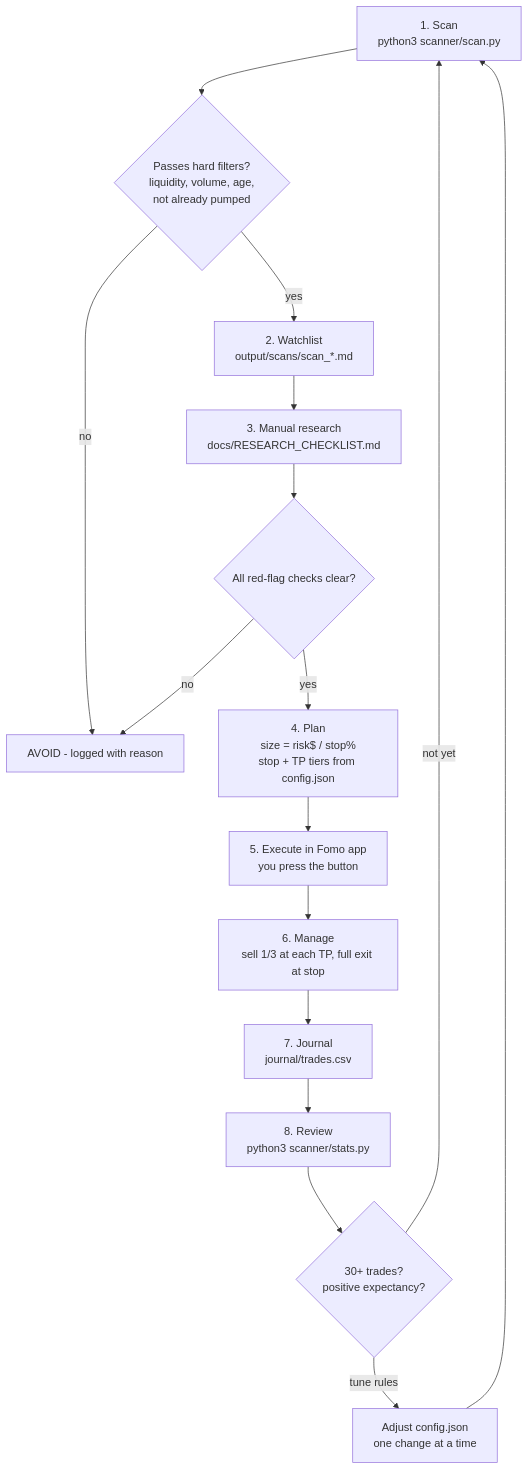
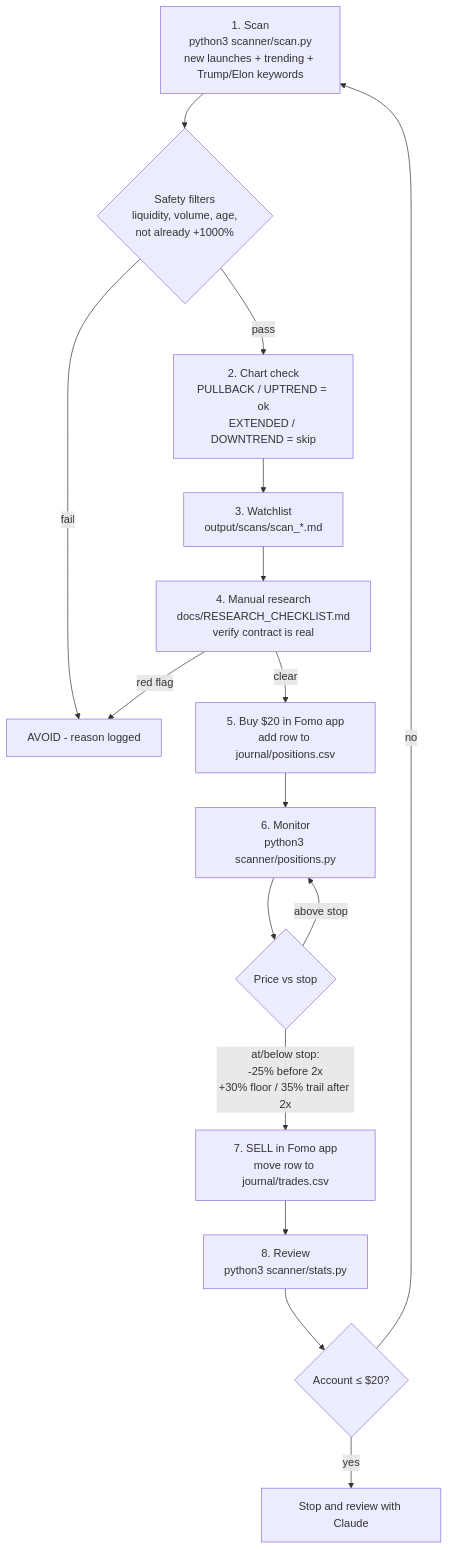
The diagram in README.md (andrewagent214/Claude-Fomo-1), drawn with Mermaid before and after one commit. The commit also changed other lines of this file and 10 other files, not shown here.

First line of the commit message:
Tune workflow to $50 account: 2x lock-in exit rule, chart trend check, hype keywords, position monitor

````diff
--- a/README.md
+++ b/README.md
@@ -14,18 +16,18 @@
 ```mermaid
 flowchart TD
-    A[1. Scan<br/>python3 scanner/scan.py] --> B{Passes hard filters?<br/>liquidity, volume, age,<br/>not already pumped}
-    B -- no --> X[AVOID - logged with reason]
-    B -- yes --> C[2. Watchlist<br/>output/scans/scan_*.md]
-    C --> D[3. Manual research<br/>docs/RESEARCH_CHECKLIST.md]
-    D --> E{All red-flag checks clear?}
-    E -- no --> X
-    E -- yes --> F[4. Plan<br/>size = risk$ / stop%<br/>stop + TP tiers from config.json]
-    F --> G[5. Execute in Fomo app<br/>you press the button]
-    G --> H[6. Manage<br/>sell 1/3 at each TP, full exit at stop]
-    H --> I[7. Journal<br/>journal/trades.csv]
+    A[1. Scan<br/>python3 scanner/scan.py<br/>new launches + trending + Trump/Elon keywords] --> B{Safety filters<br/>liquidity, volume, age,<br/>not already +1000%}
+    B -- fail --> X[AVOID - reason logged]
+    B -- pass --> C[2. Chart check<br/>PULLBACK / UPTREND = ok<br/>EXTENDED / DOWNTREND = skip]
+    C --> D[3. Watchlist<br/>output/scans/scan_*.md]
+    D --> E[4. Manual research<br/>docs/RESEARCH_CHECKLIST.md<br/>verify contract is real]
+    E -- red flag --> X
+    E -- clear --> F[5. Buy $20 in Fomo app<br/>add row to journal/positions.csv]
+    F --> G[6. Monitor<br/>python3 scanner/positions.py]
+    G --> H{Price vs stop}
+    H -- above stop --> G
+    H -- "at/below stop:<br/>-25% before 2x<br/>+30% floor / 35% trail after 2x" --> I[7. SELL in Fomo app<br/>move row to journal/trades.csv]
     I --> J[8. Review<br/>python3 scanner/stats.py]
-    J --> K{30+ trades?<br/>positive expectancy?}
-    K -- not yet --> A
-    K -- tune rules --> L[Adjust config.json<br/>one change at a time]
-    L --> A
+    J --> K{Account ≤ $20?}
+    K -- yes --> STOP[Stop and review with Claude]
+    K -- no --> A
 ```
````
